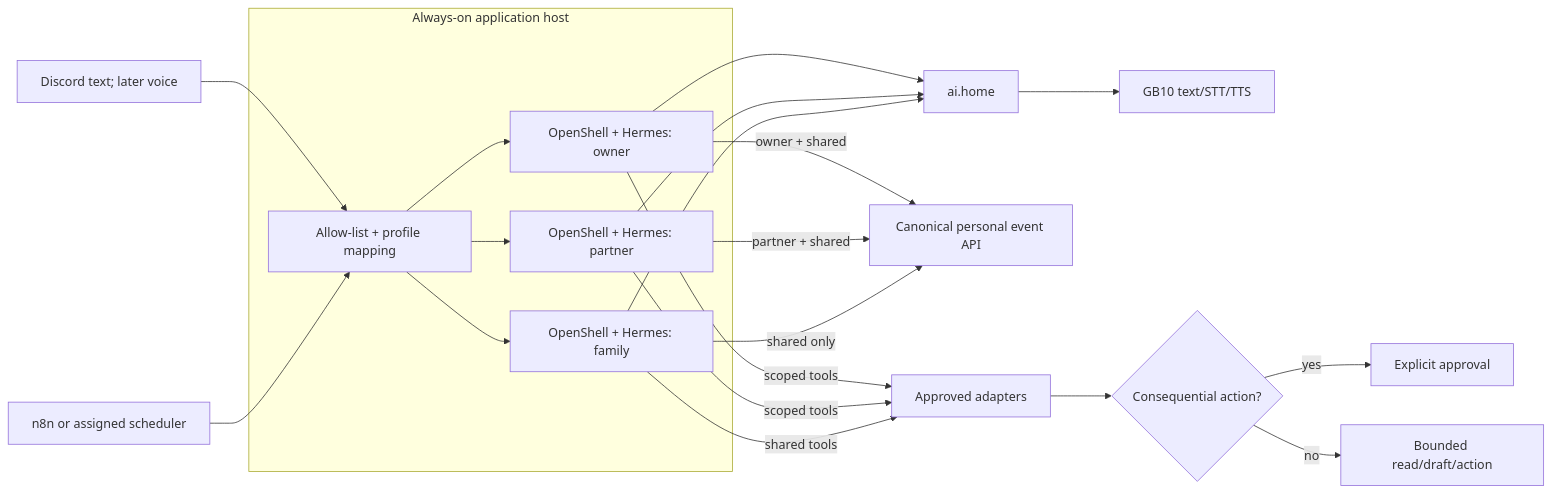
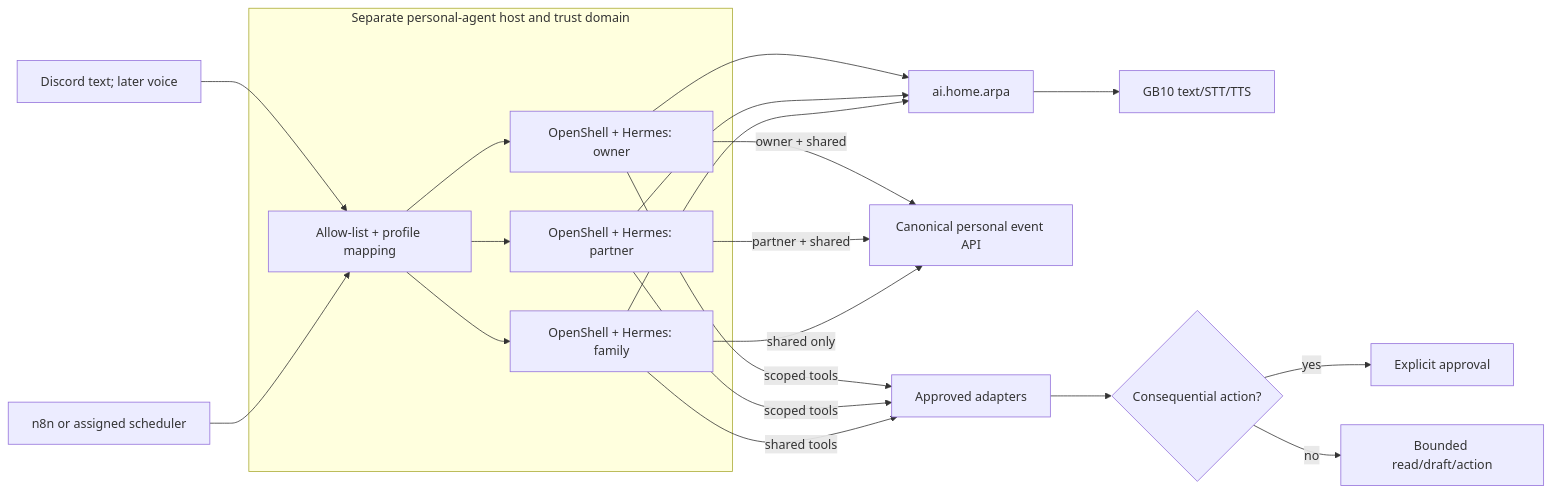
Diagram 14 of 14 in docs/architecture.md (madslundt/HomeCompute), drawn with Mermaid before and after one commit. The commit also changed other lines of this file and 89 other files, not shown here.

````diff
--- a/docs/architecture.md
+++ b/docs/architecture.md
@@ -452,26 +475,26 @@
 ```mermaid
 flowchart LR
     Discord[Discord text; later voice] --> Identity[Allow-list + profile mapping]
     Scheduler[n8n or assigned scheduler] --> Identity
-    subgraph AppHost[Always-on application host]
+    subgraph AppHost[Separate personal-agent host and trust domain]
         Identity --> M[OpenShell + Hermes: owner]
         Identity --> K[OpenShell + Hermes: partner]
         Identity --> F[OpenShell + Hermes: family]
     end
 
-    M --> Edge[ai.home]
+    M --> Edge[ai.home.arpa]
     K --> Edge
     F --> Edge
     Edge --> LLM[GB10 text/STT/TTS]
 
     M -->|owner + shared| Data[Canonical personal event API]
     K -->|partner + shared| Data
     F -->|shared only| Data
     M -->|scoped tools| Tools[Approved adapters]
     K -->|scoped tools| Tools
     F -->|shared tools| Tools
 
     Tools --> Approval{Consequential action?}
     Approval -->|yes| Human[Explicit approval]
     Approval -->|no| Execute[Bounded read/draft/action]
 ```
````
